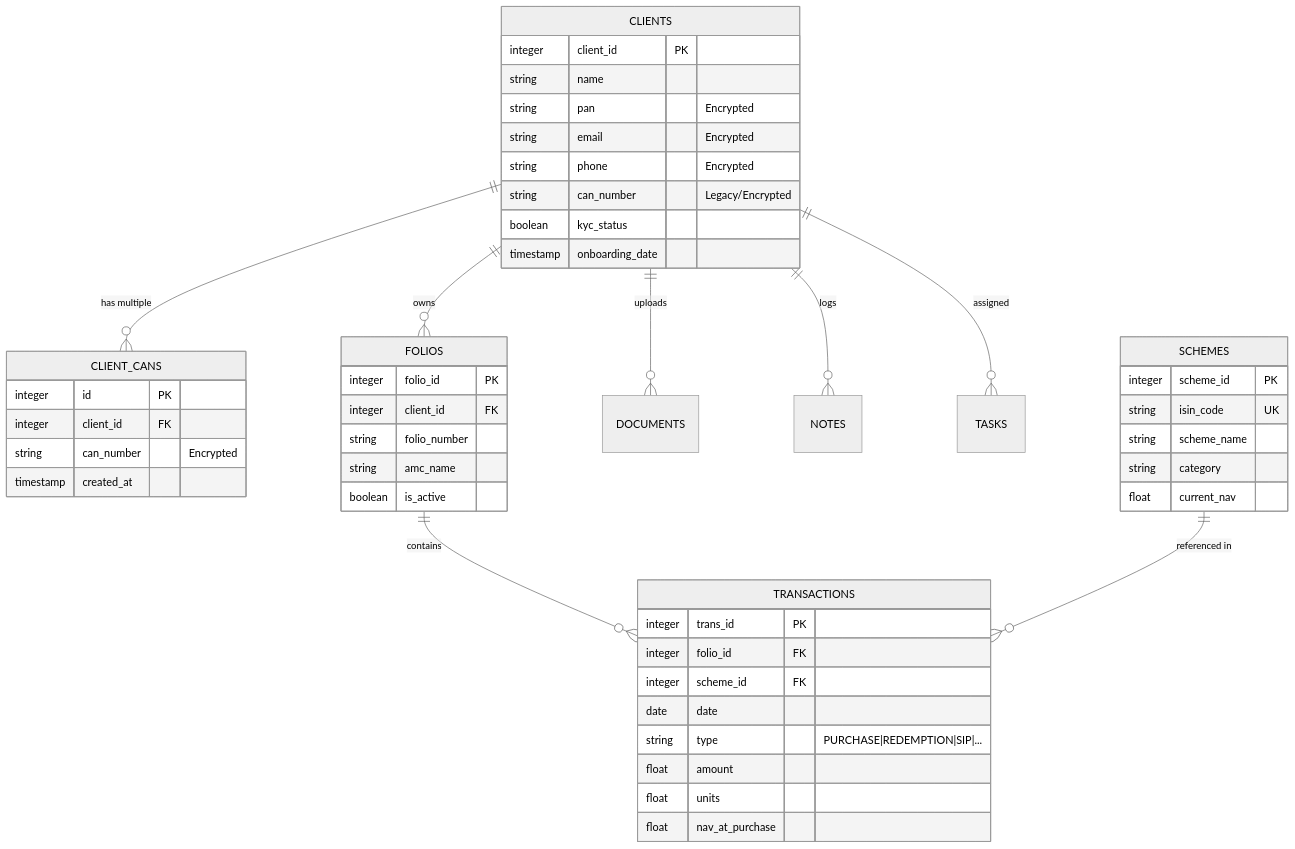
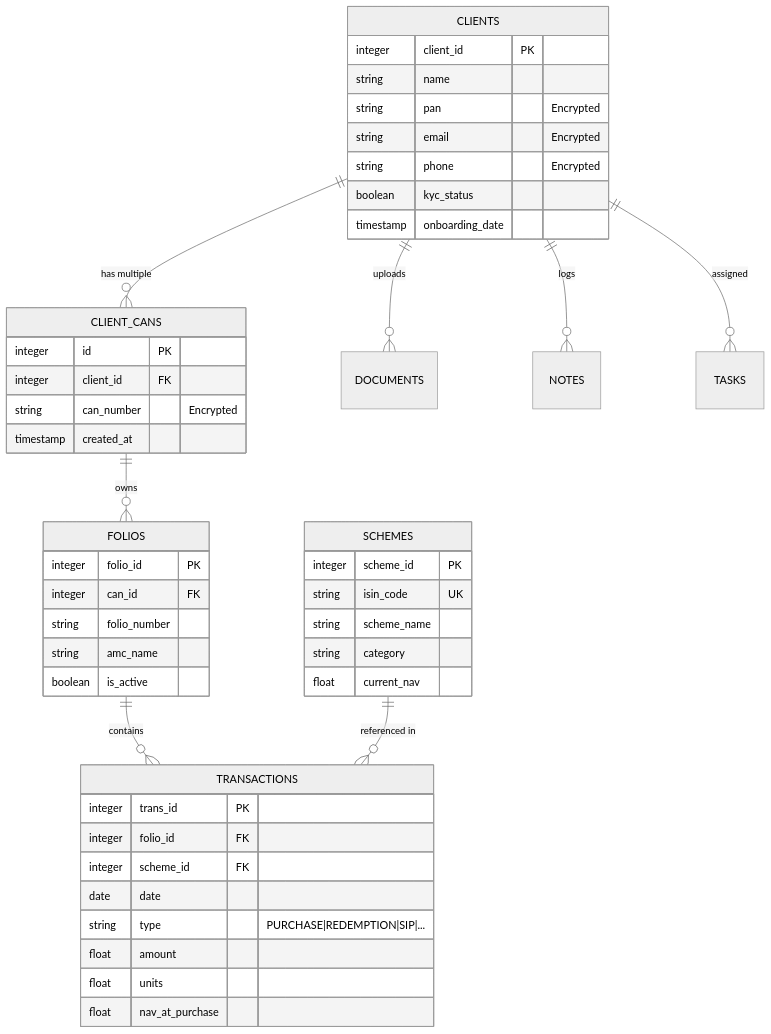
One commit to rmaries/Open_MFD_CRM changed the diagram in DEVELOPER_GUIDE.md. Above: the diagram before and after it, drawn with Mermaid (neutral theme). The commit also changed other lines of this file and 3 other files, not shown here.

First line of the commit message:
refactor: Link folios to CAN numbers (can_id FK) instead of client_id

````diff
--- a/DEVELOPER_GUIDE.md
+++ b/DEVELOPER_GUIDE.md
@@ -70,55 +70,54 @@
 ```mermaid
 erDiagram
     CLIENTS ||--o{ CLIENT_CANS : "has multiple"
-    CLIENTS ||--o{ FOLIOS : "owns"
     CLIENTS ||--o{ DOCUMENTS : "uploads"
     CLIENTS ||--o{ NOTES : "logs"
     CLIENTS ||--o{ TASKS : "assigned"
+    CLIENT_CANS ||--o{ FOLIOS : "owns"
     FOLIOS ||--o{ TRANSACTIONS : "contains"
     SCHEMES ||--o{ TRANSACTIONS : "referenced in"
 
     CLIENTS {
         integer client_id PK
         string name
         string pan "Encrypted"
         string email "Encrypted"
         string phone "Encrypted"
-        string can_number "Legacy/Encrypted"
         boolean kyc_status
         timestamp onboarding_date
     }
 
     CLIENT_CANS {
         integer id PK
         integer client_id FK
         string can_number "Encrypted"
         timestamp created_at
     }
 
     FOLIOS {
         integer folio_id PK
-        integer client_id FK
+        integer can_id FK
         string folio_number
         string amc_name
         boolean is_active
     }
 
     TRANSACTIONS {
         integer trans_id PK
         integer folio_id FK
         integer scheme_id FK
         date date
         string type "PURCHASE|REDEMPTION|SIP|..."
         float amount
         float units
         float nav_at_purchase
     }
 
     SCHEMES {
         integer scheme_id PK
         string isin_code UK
         string scheme_name
         string category
         float current_nav
     }
 ```
````
